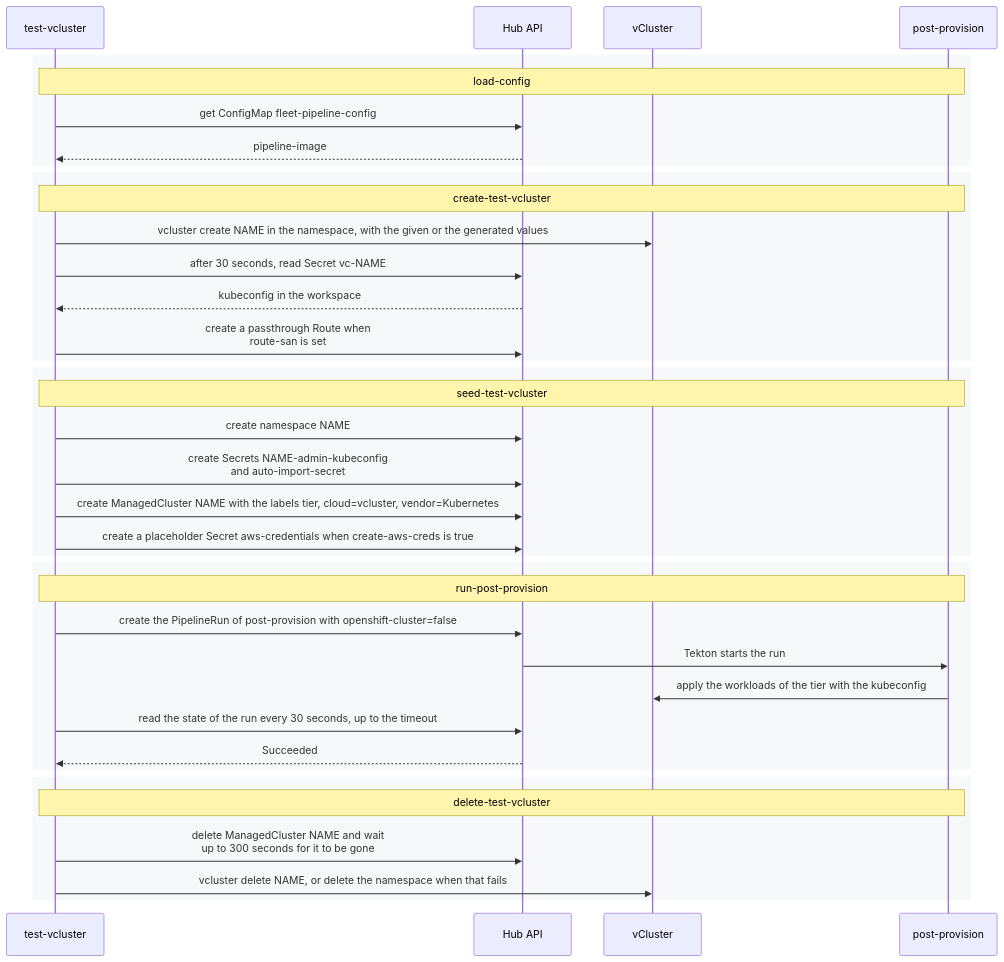
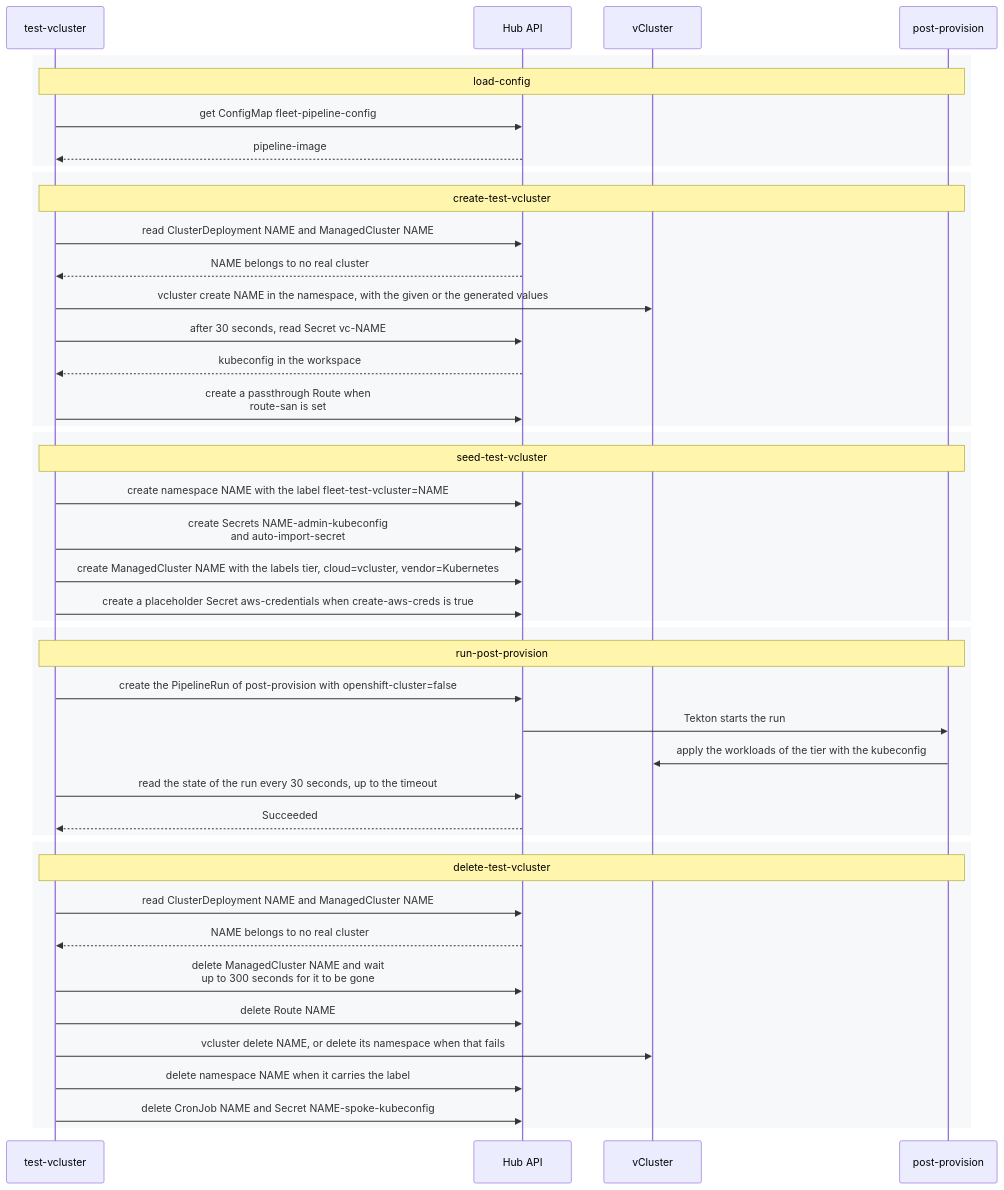
One commit to redhat-openshift-partner-labs/fleet changed the diagram in docs/diagrams/test-vcluster-sequence.mermaid. Above: the diagram before and after it, drawn with Mermaid. The commit also changed 21 other files, not shown here.

First line of the commit message:
fix(vcluster): clean up after every test-vcluster run

```diff
--- a/docs/diagrams/test-vcluster-sequence.mermaid
+++ b/docs/diagrams/test-vcluster-sequence.mermaid
@@ -1,45 +1,53 @@
 %% Purpose: runs post-provision against a temporary vCluster on the hub
-%% Order: every task runs after the task before it; a failed task stops the run
-%% Cleanup: delete-test-vcluster is the last task, not a finally task; after a failed task the vCluster and the seeded resources stay
+%% Order: the first four tasks run in order; a failed task stops them
+%% Cleanup: delete-test-vcluster is the finally task; it runs after the fourth task and after a failed task
+%% Name check: create, seed and delete exit 1 when a ClusterDeployment has the name or its ManagedCluster lacks cloud=vcluster
 sequenceDiagram
     participant Pipe as test-vcluster
     participant Hub as Hub API
     participant VC as vCluster
     participant PP as post-provision
 
     rect rgb(246, 248, 250)
         Note over Pipe,PP: load-config
         Pipe->>Hub: get ConfigMap fleet-pipeline-config
         Hub-->>Pipe: pipeline-image
     end
 
     rect rgb(246, 248, 250)
         Note over Pipe,PP: create-test-vcluster
+        Pipe->>Hub: read ClusterDeployment NAME and ManagedCluster NAME
+        Hub-->>Pipe: NAME belongs to no real cluster
         Pipe->>VC: vcluster create NAME in the namespace, with the given or the generated values
         Pipe->>Hub: after 30 seconds, read Secret vc-NAME
         Hub-->>Pipe: kubeconfig in the workspace
         Pipe->>Hub: create a passthrough Route when<br/>route-san is set
     end
 
     rect rgb(246, 248, 250)
         Note over Pipe,PP: seed-test-vcluster
-        Pipe->>Hub: create namespace NAME
+        Pipe->>Hub: create namespace NAME with the label fleet-test-vcluster=NAME
         Pipe->>Hub: create Secrets NAME-admin-kubeconfig<br/>and auto-import-secret
         Pipe->>Hub: create ManagedCluster NAME with the labels tier, cloud=vcluster, vendor=Kubernetes
         Pipe->>Hub: create a placeholder Secret aws-credentials when create-aws-creds is true
     end
 
     rect rgb(246, 248, 250)
         Note over Pipe,PP: run-post-provision
         Pipe->>Hub: create the PipelineRun of post-provision with openshift-cluster=false
         Hub->>PP: Tekton starts the run
         PP->>VC: apply the workloads of the tier with the kubeconfig
         Pipe->>Hub: read the state of the run every 30 seconds, up to the timeout
         Hub-->>Pipe: Succeeded
     end
 
     rect rgb(246, 248, 250)
         Note over Pipe,PP: delete-test-vcluster
+        Pipe->>Hub: read ClusterDeployment NAME and ManagedCluster NAME
+        Hub-->>Pipe: NAME belongs to no real cluster
         Pipe->>Hub: delete ManagedCluster NAME and wait<br/>up to 300 seconds for it to be gone
-        Pipe->>VC: vcluster delete NAME, or delete the namespace when that fails
+        Pipe->>Hub: delete Route NAME
+        Pipe->>VC: vcluster delete NAME, or delete its namespace when that fails
+        Pipe->>Hub: delete namespace NAME when it carries the label
+        Pipe->>Hub: delete CronJob NAME and Secret NAME-spoke-kubeconfig
     end
```
